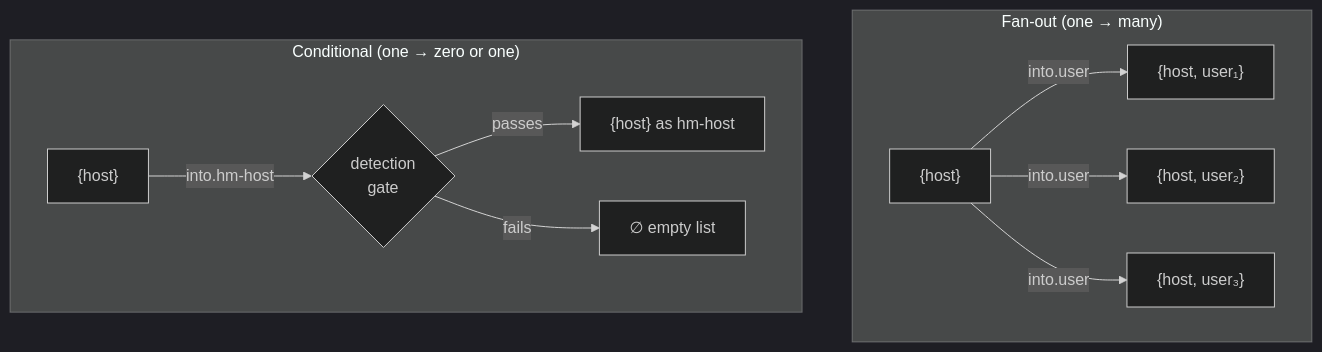
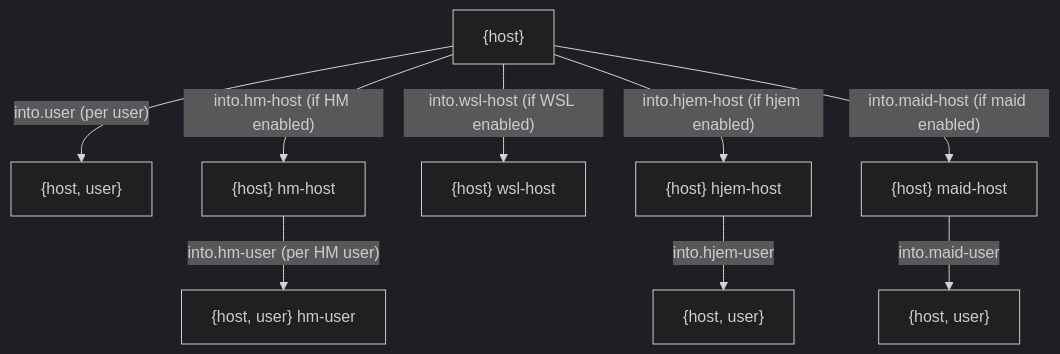
The diagram in docs/src/content/docs/explanation/context-system.mdx (vic/den), drawn with Mermaid (dark theme) before and after one commit. The commit also changed other lines of this file and 32 other files, not shown here.

````diff
--- a/docs/src/content/docs/explanation/context-system.mdx
+++ b/docs/src/content/docs/explanation/context-system.mdx
@@ -104,13 +24,11 @@
 ```mermaid
-graph TD
-  subgraph "Fan-out (one → many)"
-    Host1["{host}"] -->|"into.user"| U1["{host, user₁}"]
-    Host1 -->|"into.user"| U2["{host, user₂}"]
-    Host1 -->|"into.user"| U3["{host, user₃}"]
-  end
-  subgraph "Conditional (one → zero or one)"
-    Host2["{host}"] -->|"into.hm-host"| Gate{"detection<br/>gate"}
-    Gate -->|"passes"| HM["{host} as hm-host"]
-    Gate -->|"fails"| Empty["∅ empty list"]
-  end
+flowchart TD
+  host["{host}"] -->|"into.user (per user)"| user["{host, user}"]
+  host -->|"into.hm-host (if HM enabled)"| hmhost["{host} hm-host"]
+  hmhost -->|"into.hm-user (per HM user)"| hmuser["{host, user} hm-user"]
+  host -->|"into.wsl-host (if WSL enabled)"| wslhost["{host} wsl-host"]
+  host -->|"into.hjem-host (if hjem enabled)"| hjemhost["{host} hjem-host"]
+  hjemhost -->|"into.hjem-user"| hjemuser["{host, user}"]
+  host -->|"into.maid-host (if maid enabled)"| maidhost["{host} maid-host"]
+  maidhost -->|"into.maid-user"| maiduser["{host, user}"]
 ```
````
